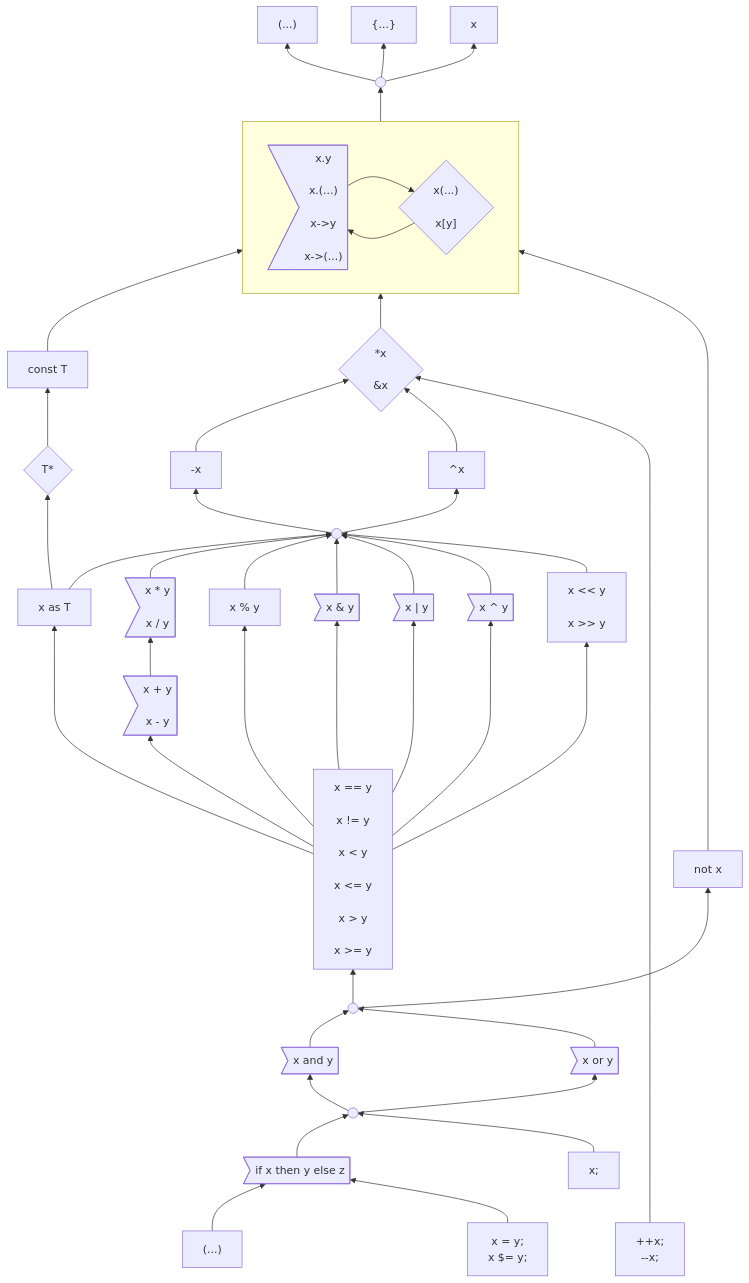
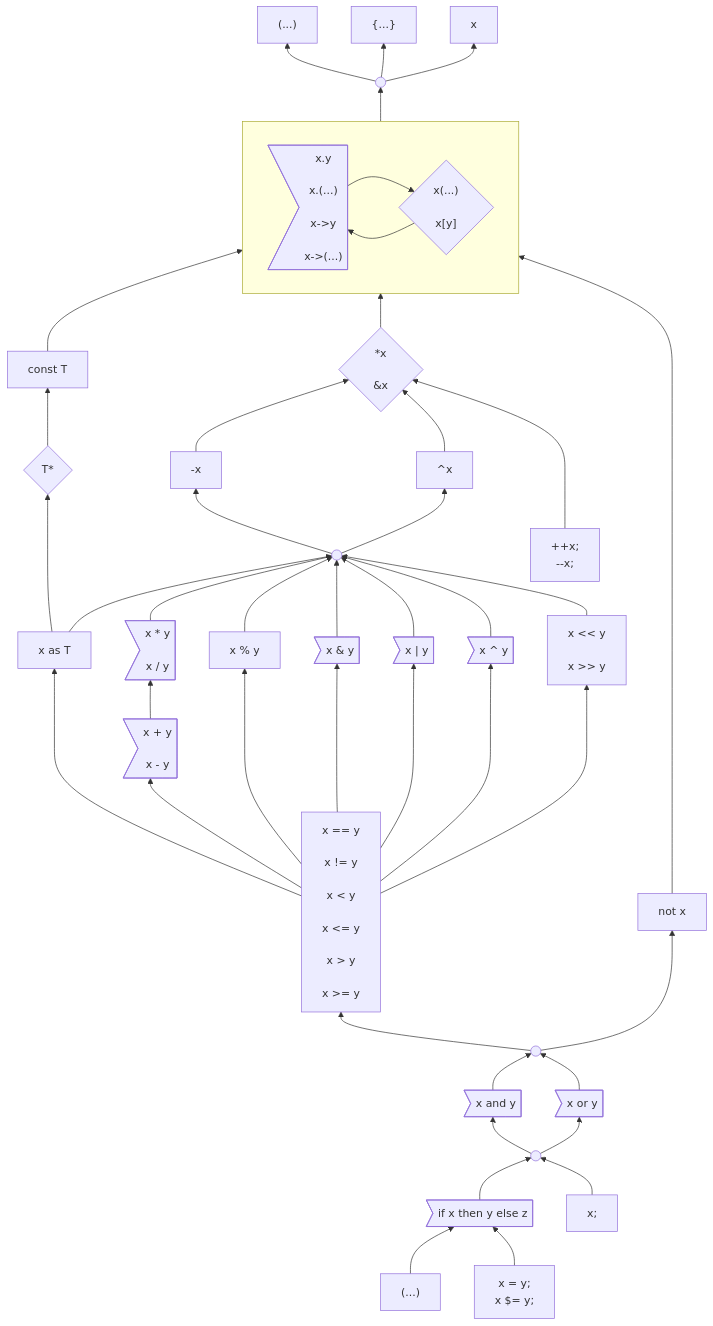
One commit to carbon-language/carbon-lang changed the first of 3 diagrams in docs/design/expressions/README.md. Above: the diagram before and after it, drawn with Mermaid.

Commit message:
Checkpoint progress.

```diff
--- a/docs/design/expressions/README.md
+++ b/docs/design/expressions/README.md
@@ -166,7 +166,7 @@
 
     pointer --> memberCallIndex
     negation & complement --> pointer
-    incDec -----------> pointer
+    incDec ---> pointer
     unary --> negation & complement
     %% Use a longer arrow here to put `not` next to `and` and `or`.
     not -------> memberCallIndex
```
